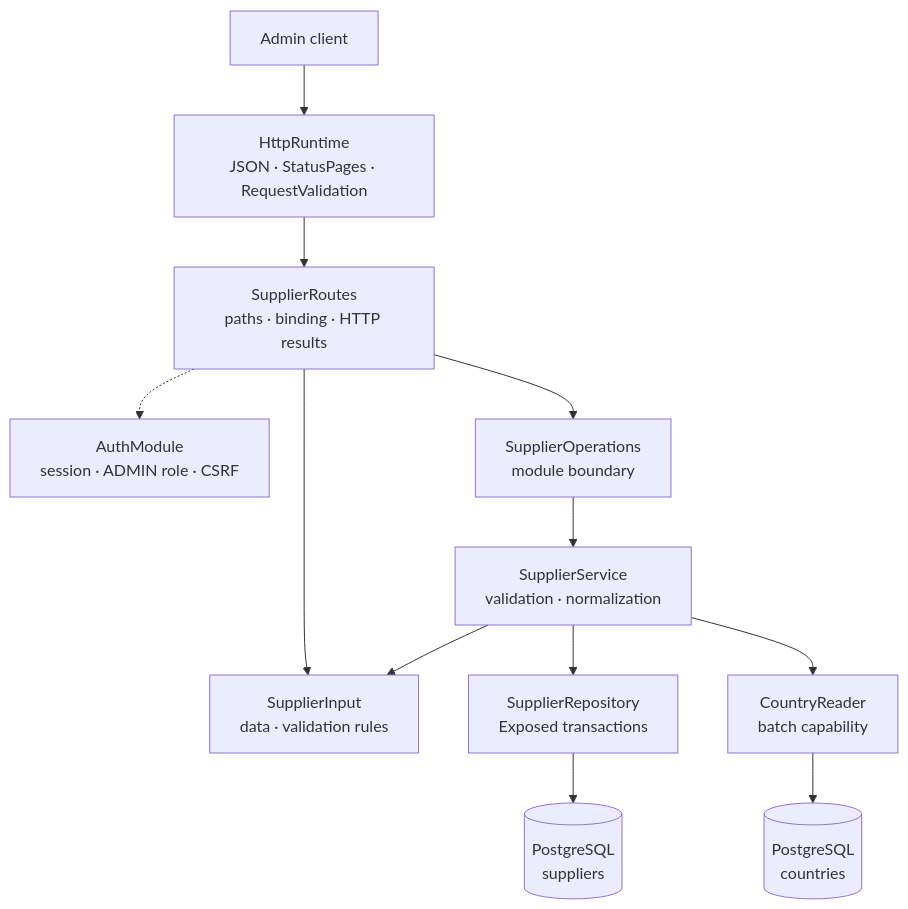
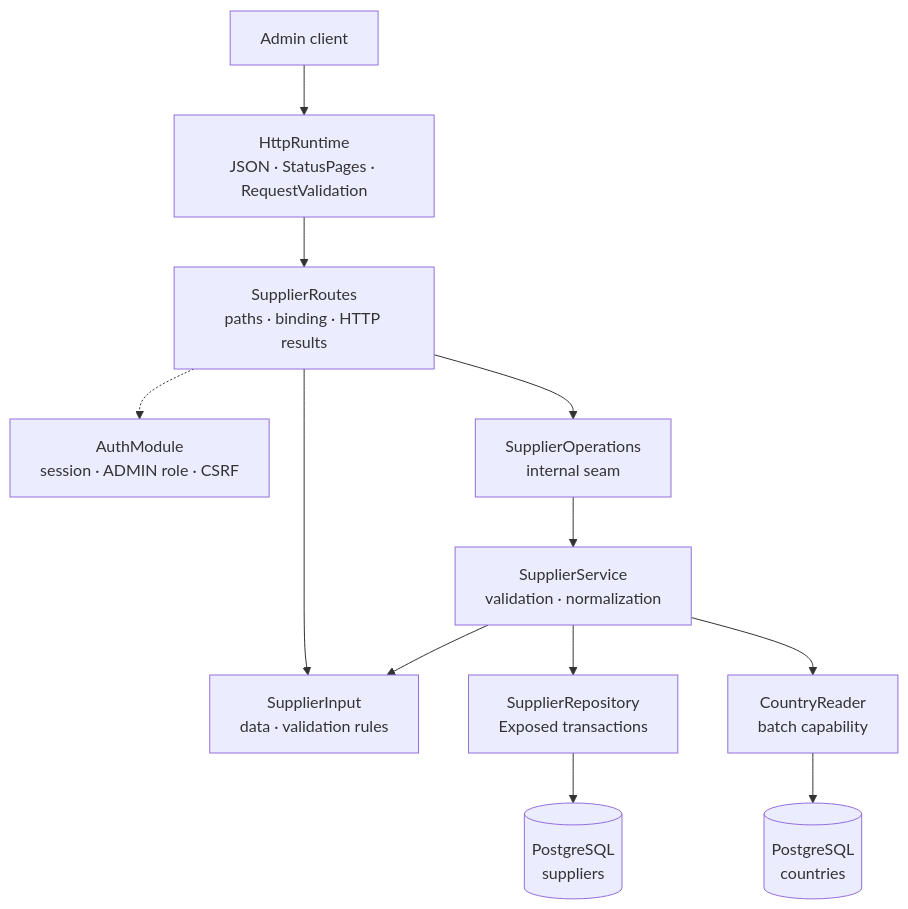
One commit to bitstorm-tech/voenix-shop-kotlin changed the diagram in docs/dev/backend/supplier-package.md. Above: the diagram before and after it, drawn with Mermaid. The commit also changed other lines of this file and 22 other files, not shown here.

````diff
--- a/docs/dev/backend/supplier-package.md
+++ b/docs/dev/backend/supplier-package.md
@@ -20,25 +20,25 @@
 ```mermaid
 flowchart TB
     Client["Admin client"]
     Http["HttpRuntime<br/>JSON · StatusPages · RequestValidation"]
     Auth["AuthModule<br/>session · ADMIN role · CSRF"]
     Routes["SupplierRoutes<br/>paths · binding · HTTP results"]
     Input["SupplierInput<br/>data · validation rules"]
-    Operations["SupplierOperations<br/>module boundary"]
+    Operations["SupplierOperations<br/>internal seam"]
     Service["SupplierService<br/>validation · normalization"]
     Repository["SupplierRepository<br/>Exposed transactions"]
     CountryReader["CountryReader<br/>batch capability"]
     Suppliers[("PostgreSQL<br/>suppliers")]
     Countries[("PostgreSQL<br/>countries")]
 
     Client --> Http --> Routes
     Routes -.-> Auth
     Routes --> Input
     Routes --> Operations
     Operations --> Service
     Service --> Input
     Service --> Repository
     Repository --> Suppliers
     Service --> CountryReader
     CountryReader --> Countries
 ```
````
